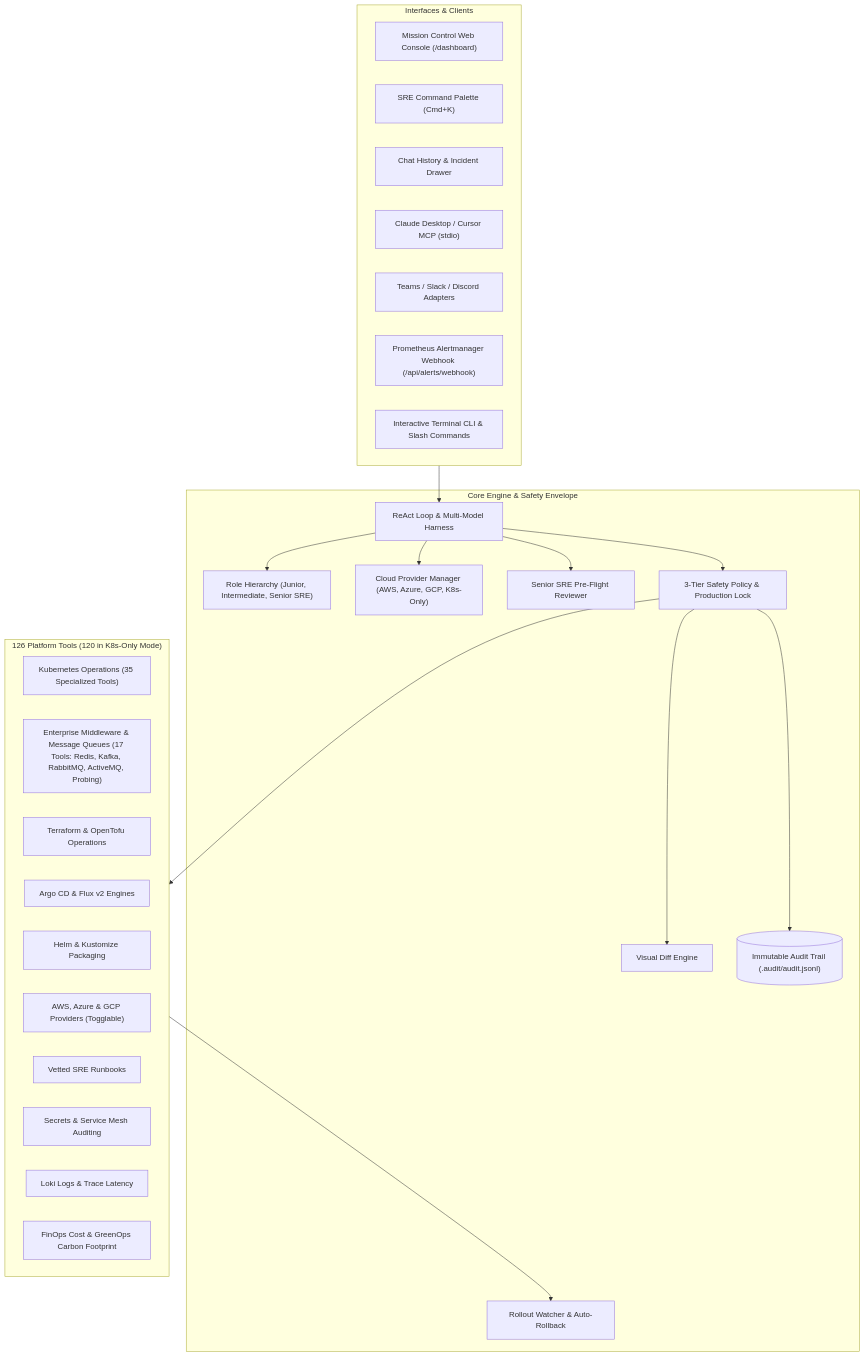
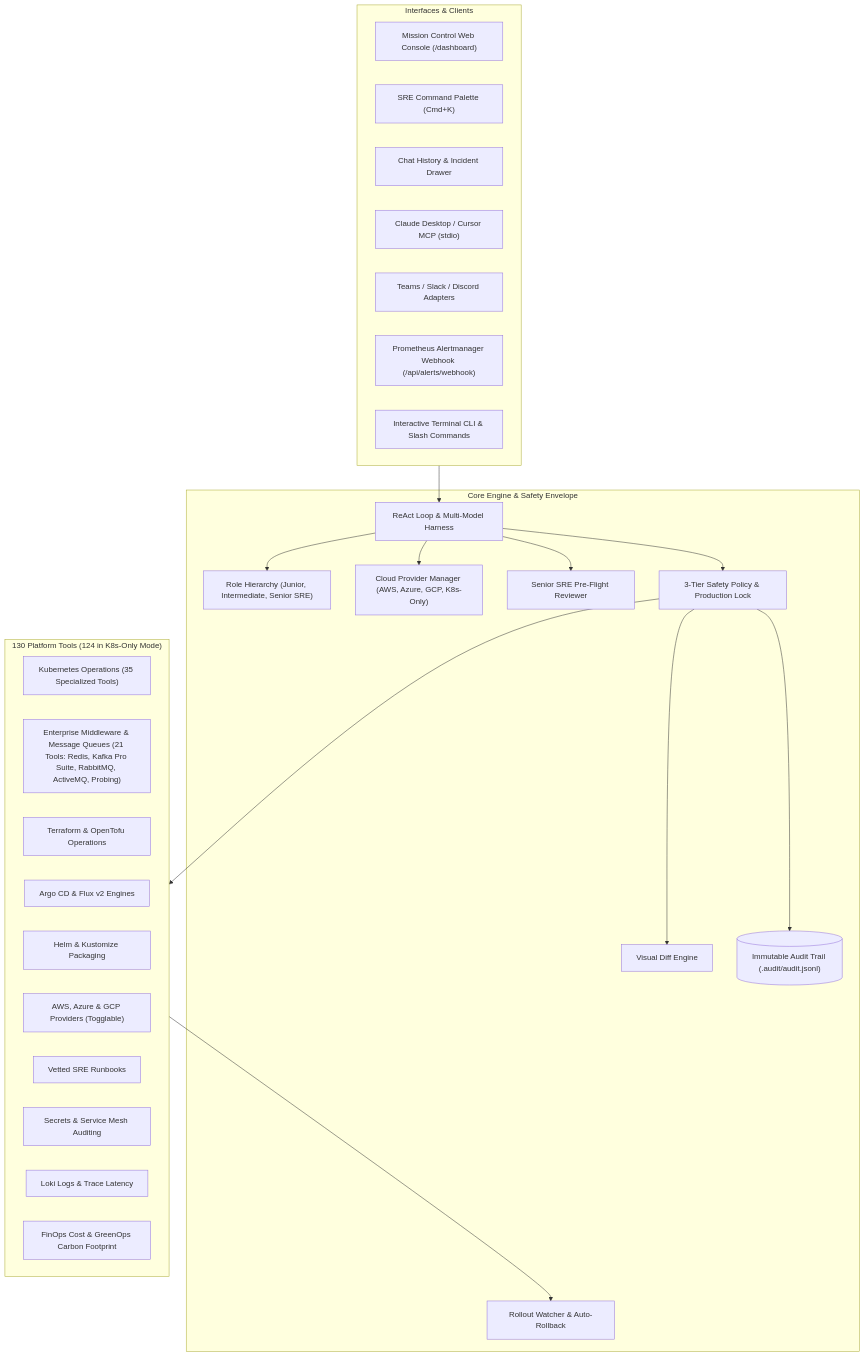
One commit to williamsjoshua005/devops-agent changed the diagram in docs/specs/README.md. Above: the diagram before and after it, drawn with Mermaid. The commit also changed other lines of this file and 7 other files, not shown here.

Commit message:
feat(kafka): enrich Kafka Pro Suite with broker configs, financial-grade sampling, topic management, and security audit

````diff
--- a/docs/specs/README.md
+++ b/docs/specs/README.md
@@ -99,46 +99,46 @@
 ```mermaid
 graph TD
     subgraph Interfaces_Clients ["Interfaces & Clients"]
         Web["Mission Control Web Console (/dashboard)"]
         CmdPalette["SRE Command Palette (Cmd+K)"]
         ChatDrawer["Chat History & Incident Drawer"]
         MCPClient["Claude Desktop / Cursor MCP (stdio)"]
         ChatOps["Teams / Slack / Discord Adapters"]
         Alerts["Prometheus Alertmanager Webhook (/api/alerts/webhook)"]
         CLI["Interactive Terminal CLI & Slash Commands"]
     end
 
     subgraph Core_Engine ["Core Engine & Safety Envelope"]
         Harness["ReAct Loop & Multi-Model Harness"]
         RoleMgr["Role Hierarchy (Junior, Intermediate, Senior SRE)"]
         CloudToggle["Cloud Provider Manager (AWS, Azure, GCP, K8s-Only)"]
         SRE["Senior SRE Pre-Flight Reviewer"]
         Guardrails["3-Tier Safety Policy & Production Lock"]
         Diff["Visual Diff Engine"]
         Watcher["Rollout Watcher & Auto-Rollback"]
         Audit[("Immutable Audit Trail (.audit/audit.jsonl)")]
     end
 
-    subgraph Platform_Tools ["126 Platform Tools (120 in K8s-Only Mode)"]
+    subgraph Platform_Tools ["130 Platform Tools (124 in K8s-Only Mode)"]
         K8s["Kubernetes Operations (35 Specialized Tools)"]
-        Middleware["Enterprise Middleware & Message Queues (17 Tools: Redis, Kafka, RabbitMQ, ActiveMQ, Probing)"]
+        Middleware["Enterprise Middleware & Message Queues (21 Tools: Redis, Kafka Pro Suite, RabbitMQ, ActiveMQ, Probing)"]
         IaC["Terraform & OpenTofu Operations"]
         GitOps["Argo CD & Flux v2 Engines"]
         Helm["Helm & Kustomize Packaging"]
         Clouds["AWS, Azure & GCP Providers (Togglable)"]
         Runbooks["Vetted SRE Runbooks"]
         SecMesh["Secrets & Service Mesh Auditing"]
         Obs["Loki Logs & Trace Latency"]
         FinOps["FinOps Cost & GreenOps Carbon Footprint"]
     end
 
     Interfaces_Clients --> Harness
     Harness --> RoleMgr
     Harness --> CloudToggle
     Harness --> SRE
     Harness --> Guardrails
     Guardrails --> Diff
     Guardrails --> Audit
     Guardrails --> Platform_Tools
     Platform_Tools --> Watcher
 ```
````
